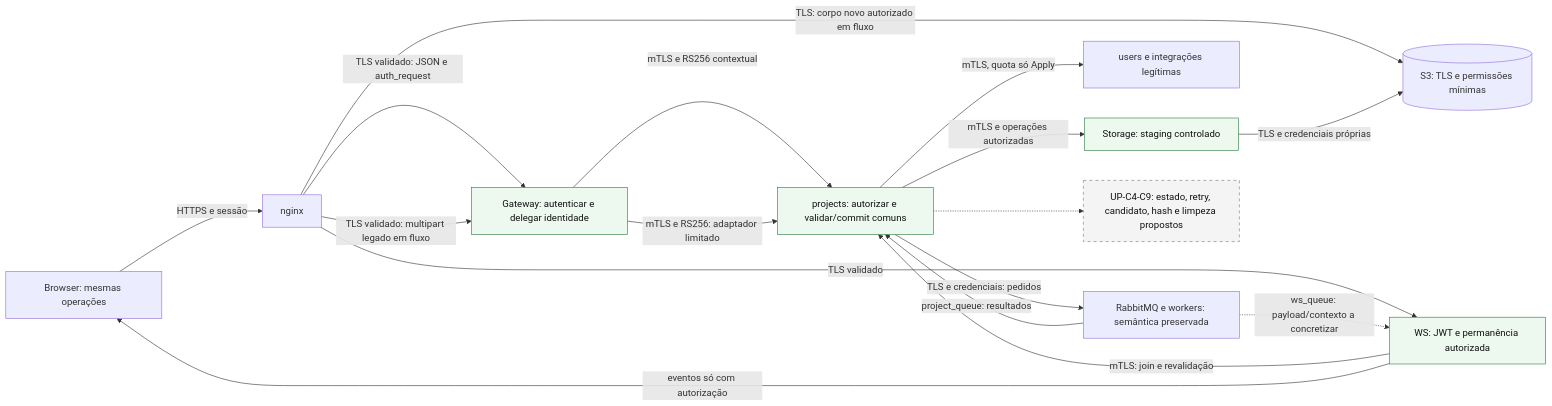
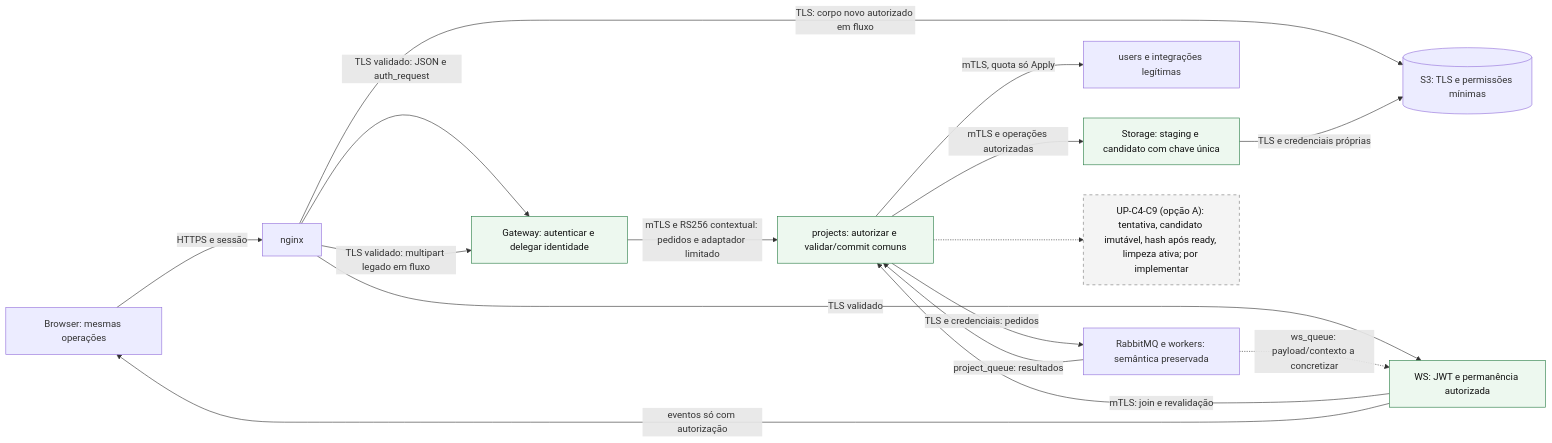
The diagram in docs/exercises/07-architectural-tactics/diagrams/after.mmd (A104358/picturas-27), drawn with Mermaid before and after one commit. The commit also changed 11 other files, not shown here.

```diff
--- a/docs/exercises/07-architectural-tactics/diagrams/after.mmd
+++ b/docs/exercises/07-architectural-tactics/diagrams/after.mmd
@@ -1,21 +1,20 @@
 flowchart LR
     B["Browser: mesmas operações"] -->|HTTPS e sessão| N["nginx"]
     N -->|TLS validado: JSON e auth_request| G["Gateway: autenticar e delegar identidade"]
-    G -->|mTLS e RS256 contextual| P["projects: autorizar e validar/commit comuns"]
+    G -->|mTLS e RS256 contextual: pedidos e adaptador limitado| P["projects: autorizar e validar/commit comuns"]
     N -->|TLS: corpo novo autorizado em fluxo| O[("S3: TLS e permissões mínimas")]
     N -->|TLS validado: multipart legado em fluxo| G
-    G -->|mTLS e RS256: adaptador limitado| P
-    P -->|mTLS e operações autorizadas| S["Storage: staging controlado"]
+    P -->|mTLS e operações autorizadas| S["Storage: staging e candidato com chave única"]
     S -->|TLS e credenciais próprias| O
     N -->|TLS validado| W["WS: JWT e permanência autorizada"]
     W -->|mTLS: join e revalidação| P
     W -->|eventos só com autorização| B
     P -->|mTLS, quota só Apply| U["users e integrações legítimas"]
     P -->|TLS e credenciais: pedidos| Q["RabbitMQ e workers: semântica preservada"]
     Q -->|project_queue: resultados| P
     Q -.->|ws_queue: payload/contexto a concretizar| W
-    P -.-> L["UP-C4-C9: estado, retry, candidato, hash e limpeza propostos"]
+    P -.-> L["UP-C4-C9 (opção A): tentativa, candidato imutável, hash após ready, limpeza ativa; por implementar"]
     classDef selected fill:#edf8ef,stroke:#287c45,color:#111;
     classDef proposed fill:#f4f4f4,stroke:#777,stroke-dasharray:5 5,color:#111;
     class G,P,S,W selected;
     class L proposed;
```
